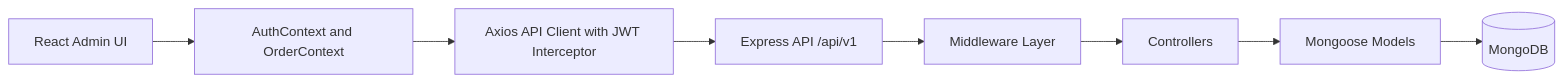
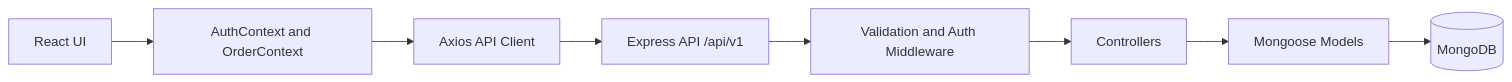
The diagram in README.md (AyushRaj-10/Laundry), drawn with Mermaid before and after one commit. The commit also changed other lines of this file and 20 other files, not shown here.

````diff
--- a/README.md
+++ b/README.md
@@ -58,10 +61,10 @@
 ```mermaid
 flowchart LR
-    A[React Admin UI] --> B[AuthContext and OrderContext]
-    B --> C[Axios API Client with JWT Interceptor]
+    A[React UI] --> B[AuthContext and OrderContext]
+    B --> C[Axios API Client]
     C --> D[Express API /api/v1]
-    D --> E[Middleware Layer]
+    D --> E[Validation and Auth Middleware]
     E --> F[Controllers]
     F --> G[Mongoose Models]
     G --> H[(MongoDB)]
 ```
````
